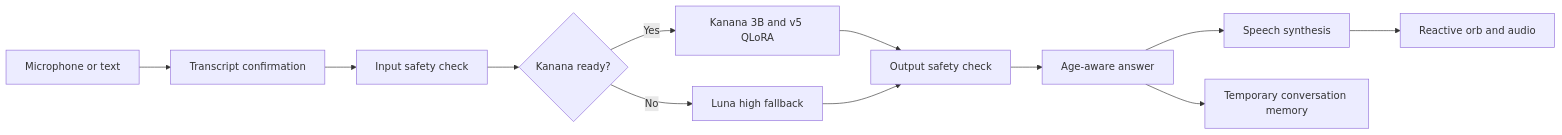
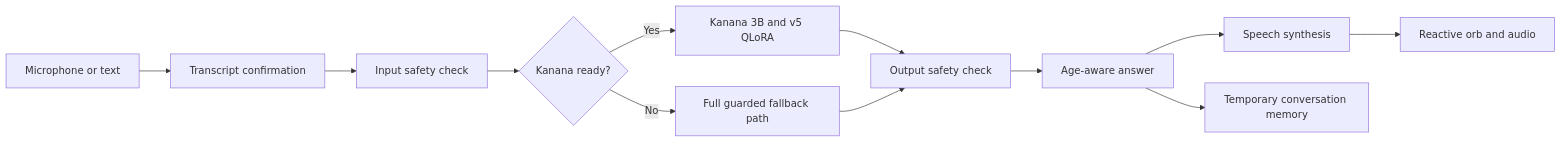
One commit to peer-problem/iri changed the diagram in README.md. Above: the diagram before and after it, drawn with Mermaid. The commit also changed other lines of this file and 5 other files, not shown here.

````diff
--- a/README.md
+++ b/README.md
@@ -51,14 +57,14 @@
 ```mermaid
 flowchart LR
     A[Microphone or text] --> B[Transcript confirmation]
     B --> C[Input safety check]
     C --> D{Kanana ready?}
     D -->|Yes| E[Kanana 3B and v5 QLoRA]
-    D -->|No| F[Luna high fallback]
+    D -->|No| F[Full guarded fallback path]
     E --> G[Output safety check]
     F --> G
     G --> H[Age-aware answer]
     H --> I[Speech synthesis]
     H --> J[Temporary conversation memory]
     I --> K[Reactive orb and audio]
 ```
````
